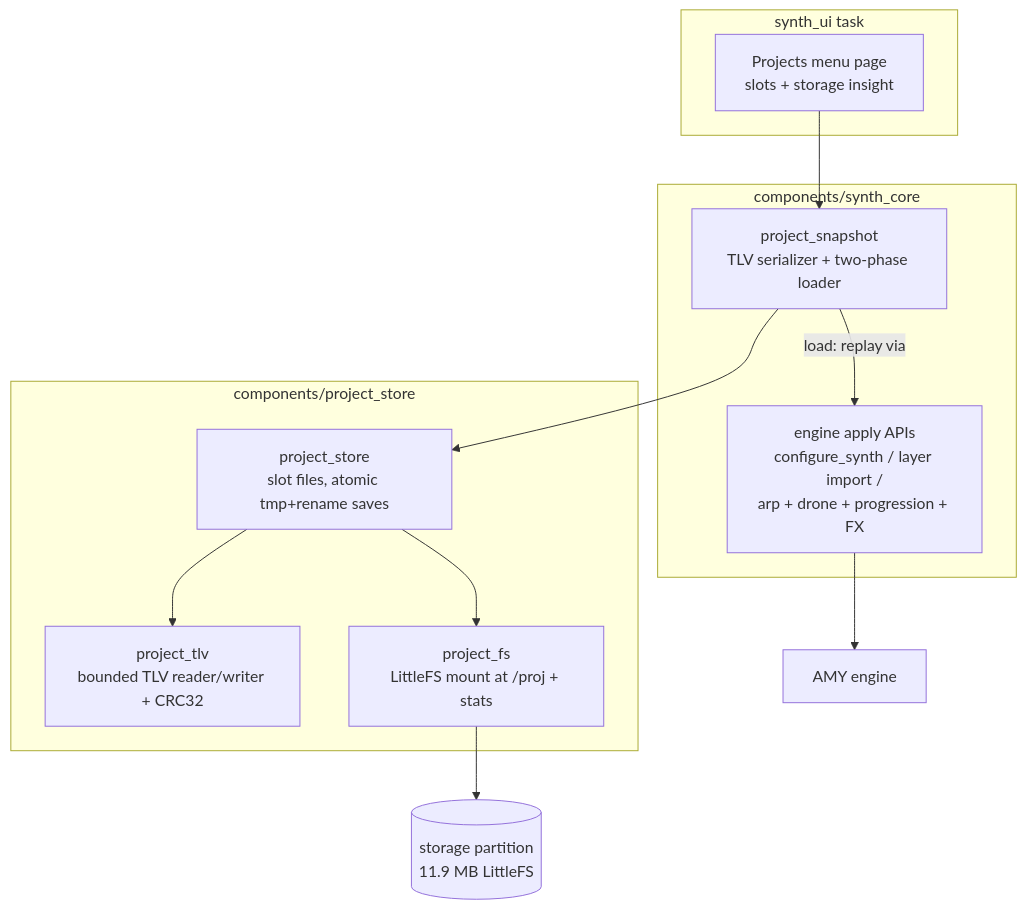
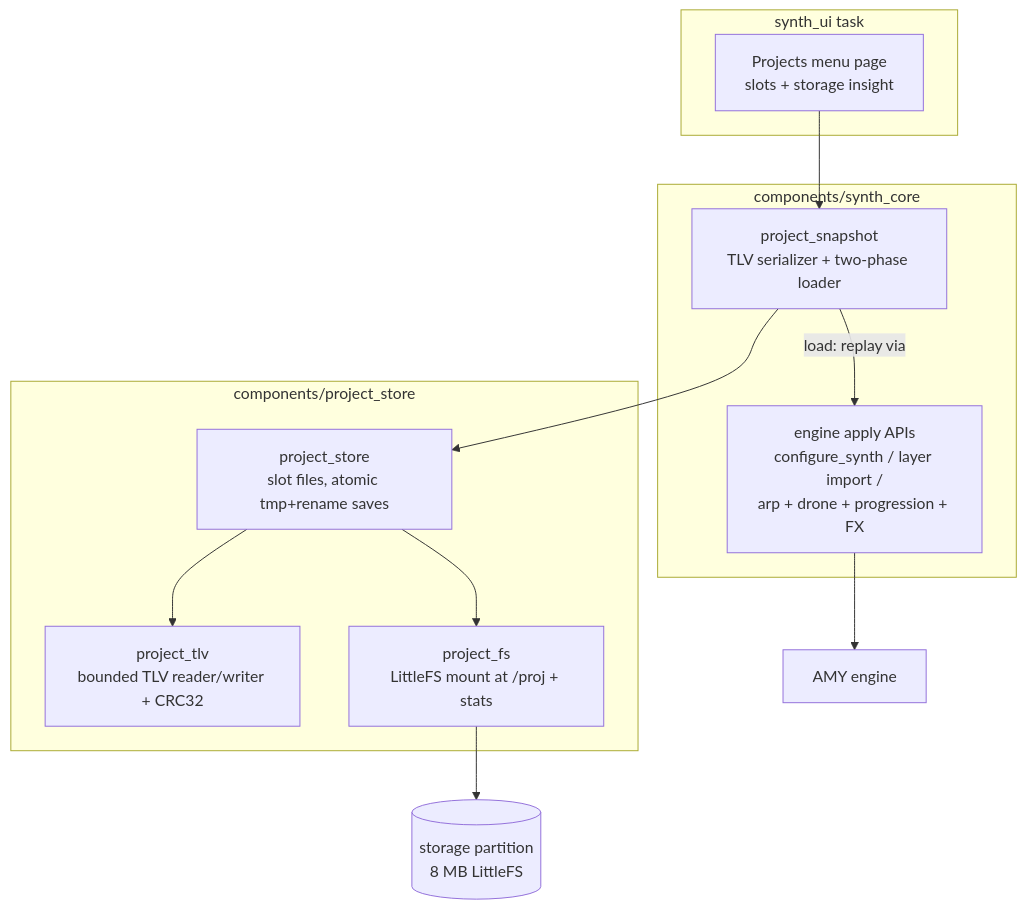
Before and after one commit to cxandy/S3-Amysynth: the second of 2 diagrams in README.md, drawn with Mermaid. The commit also changed other lines of this file and 17 other files, not shown here.

````diff
--- a/README.md
+++ b/README.md
@@ -159,23 +160,23 @@
 ```mermaid
 flowchart TD
     subgraph UI["synth_ui task"]
         MENU["Projects menu page<br/>slots + storage insight"]
     end
     subgraph SC["components/synth_core"]
         SNAP["project_snapshot<br/>TLV serializer + two-phase loader"]
         ENGINE["engine apply APIs<br/>configure_synth / layer import /<br/>arp + drone + progression + FX"]
     end
     subgraph PS["components/project_store"]
         STORE["project_store<br/>slot files, atomic tmp+rename saves"]
         TLV["project_tlv<br/>bounded TLV reader/writer + CRC32"]
         FS["project_fs<br/>LittleFS mount at /proj + stats"]
     end
-    PART[("storage partition<br/>11.9 MB LittleFS")]
+    PART[("storage partition<br/>8 MB LittleFS")]
     AMY["AMY engine"]
 
     MENU --> SNAP
     SNAP --> STORE
     STORE --> TLV
     STORE --> FS --> PART
     SNAP -- "load: replay via" --> ENGINE --> AMY
 ```
````
